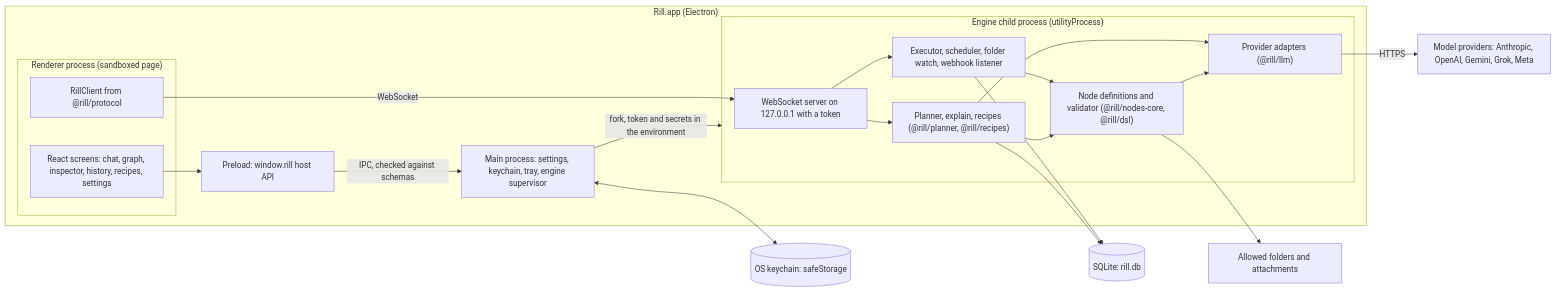
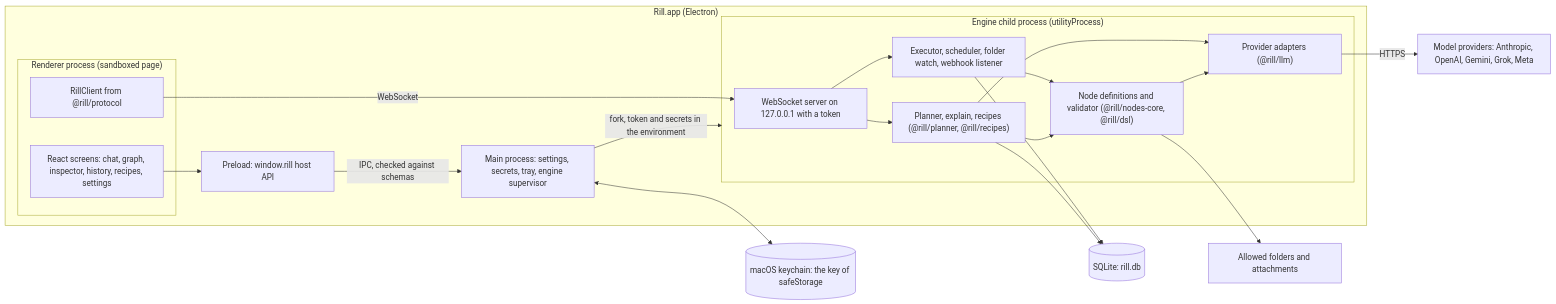
Before and after one commit to minsu-kang/rill: the diagram in README.md, drawn with Mermaid. The commit also changed other lines of this file and 5 other files, not shown here.

````diff
--- a/README.md
+++ b/README.md
@@ -39,37 +39,37 @@
 ```mermaid
 flowchart LR
   subgraph app["Rill.app (Electron)"]
     subgraph renderer["Renderer process (sandboxed page)"]
       ui["React screens: chat, graph, inspector, history, recipes, settings"]
       client["RillClient from @rill/protocol"]
     end
     preload["Preload: window.rill host API"]
-    main["Main process: settings, keychain, tray, engine supervisor"]
+    main["Main process: settings, secrets, tray, engine supervisor"]
     subgraph engine["Engine child process (utilityProcess)"]
       server["WebSocket server on 127.0.0.1 with a token"]
       runner["Executor, scheduler, folder watch, webhook listener"]
       brain["Planner, explain, recipes (@rill/planner, @rill/recipes)"]
       nodes["Node definitions and validator (@rill/nodes-core, @rill/dsl)"]
       llm["Provider adapters (@rill/llm)"]
     end
   end
   db[("SQLite: rill.db")]
-  keychain[("OS keychain: safeStorage")]
+  keychain[("macOS keychain: the key of safeStorage")]
   files["Allowed folders and attachments"]
   providers["Model providers: Anthropic, OpenAI, Gemini, Grok, Meta"]
   ui --> preload
   preload -- "IPC, checked against schemas" --> main
   main -- "fork, token and secrets in the environment" --> engine
   main <--> keychain
   client -- "WebSocket" --> server
   server --> runner
   server --> brain
   runner --> nodes
   brain --> nodes
   brain --> llm
   nodes --> llm
   runner --> db
   brain --> db
   nodes --> files
   llm -- "HTTPS" --> providers
 ```
````
